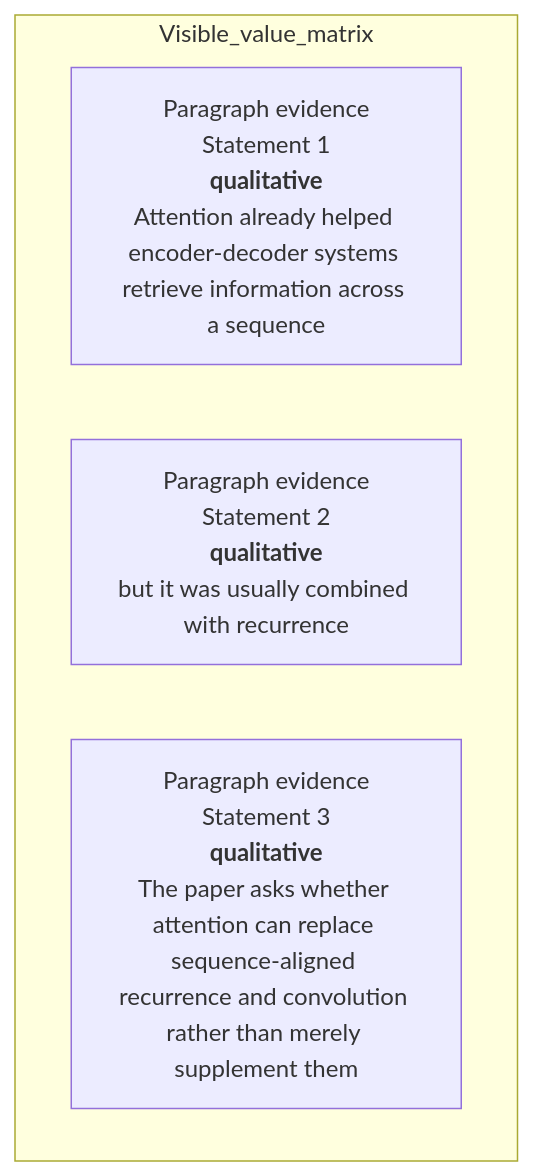
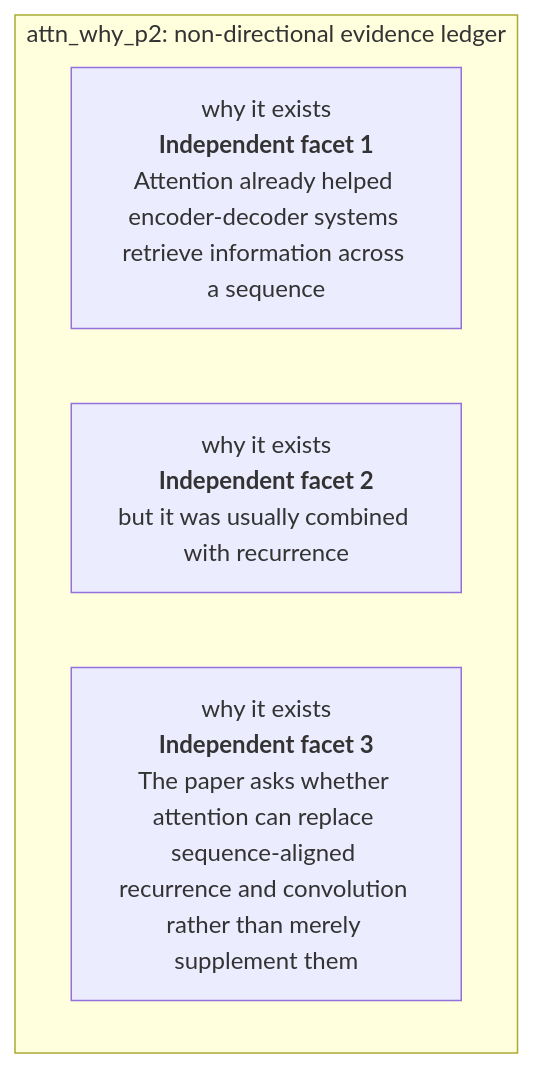
One commit to Betancourt1/paper_atlas changed the fifth of 54 diagrams in docs/visual-manifests/VISUAL_MANIFEST_ATTENTION_IS_ALL_YOU_NEED.md. Above: the diagram before and after it, drawn with Mermaid. The commit also changed other lines of this file and 7 other files, not shown here.

````diff
--- a/docs/visual-manifests/VISUAL_MANIFEST_ATTENTION_IS_ALL_YOU_NEED.md
+++ b/docs/visual-manifests/VISUAL_MANIFEST_ATTENTION_IS_ALL_YOU_NEED.md
@@ -364,8 +388,8 @@
 ```mermaid
 flowchart TB
-  subgraph Visible_value_matrix
-    r1["Paragraph evidence<br/>Statement 1<br/><b>qualitative</b><br/>Attention already helped encoder-decoder systems retrieve information across a sequence"]
-    r2["Paragraph evidence<br/>Statement 2<br/><b>qualitative</b><br/>but it was usually combined with recurrence"]
-    r3["Paragraph evidence<br/>Statement 3<br/><b>qualitative</b><br/>The paper asks whether attention can replace sequence-aligned recurrence and convolution rather than merely supplement them"]
+  subgraph Ledger["attn_why_p2: non-directional evidence ledger"]
+    r1["why it exists<br/><b>Independent facet 1</b><br/>Attention already helped encoder-decoder systems retrieve information across a sequence"]
+    r2["why it exists<br/><b>Independent facet 2</b><br/>but it was usually combined with recurrence"]
+    r3["why it exists<br/><b>Independent facet 3</b><br/>The paper asks whether attention can replace sequence-aligned recurrence and convolution rather than merely supplement them"]
   end
 ```
````
